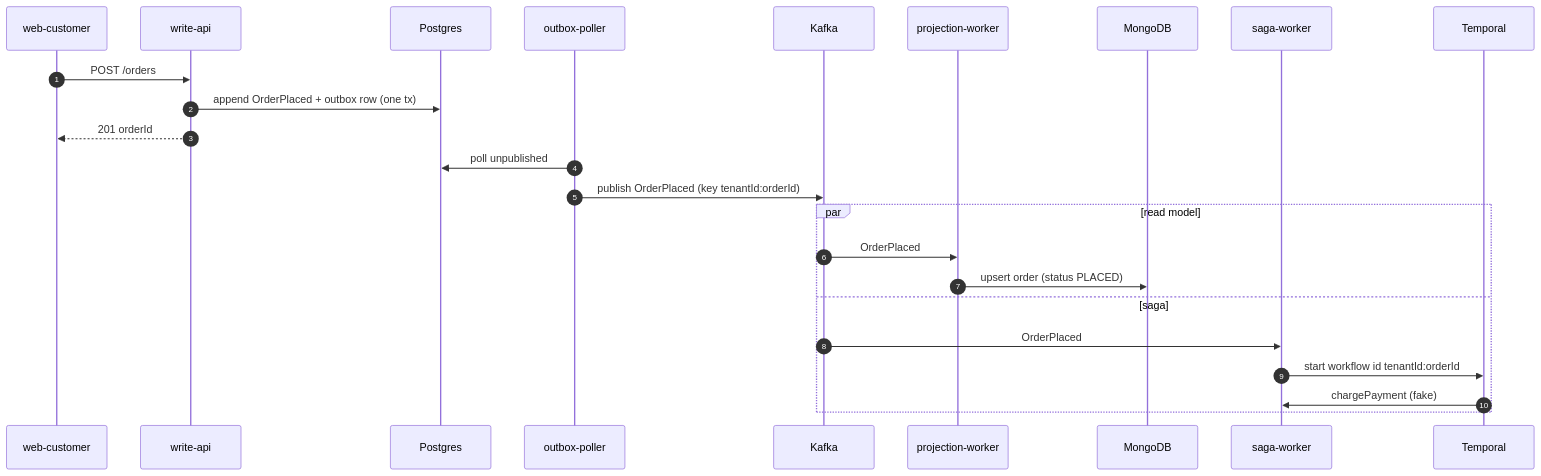
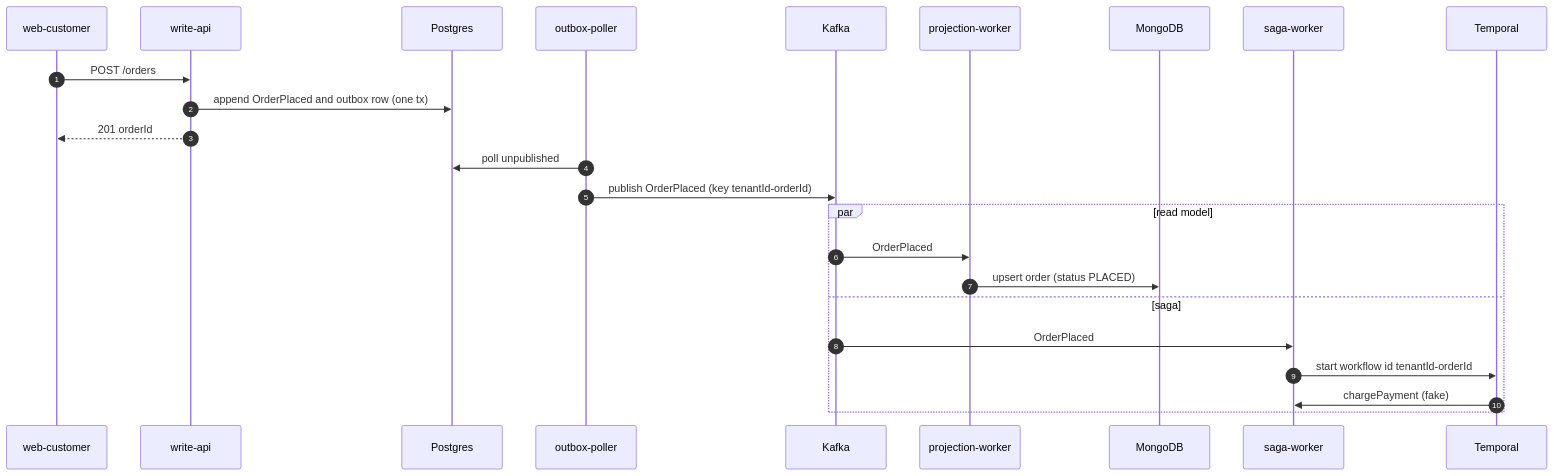
Before and after one commit to khasang12/FlashBite: the second of 8 diagrams in docs/ARCHITECTURE.md, drawn with Mermaid. The commit also changed other lines of this file, not shown here.

First line of the commit message:
docs(arch): make §3 mermaid render on GitHub (drop +, second-colon, in-label arrow)

````diff
--- a/docs/ARCHITECTURE.md
+++ b/docs/ARCHITECTURE.md
@@ -119,27 +119,27 @@
 ```mermaid
 sequenceDiagram
   autonumber
   participant Cust as web-customer
   participant W as write-api
   participant PG as Postgres
   participant OB as outbox-poller
   participant KF as Kafka
   participant PJ as projection-worker
   participant MG as MongoDB
   participant SG as saga-worker
   participant TP as Temporal
 
   Cust->>W: POST /orders
-  W->>PG: append OrderPlaced + outbox row (one tx)
+  W->>PG: append OrderPlaced and outbox row (one tx)
   W-->>Cust: 201 orderId
   OB->>PG: poll unpublished
-  OB->>KF: publish OrderPlaced (key tenantId:orderId)
+  OB->>KF: publish OrderPlaced (key tenantId-orderId)
   par read model
     KF->>PJ: OrderPlaced
     PJ->>MG: upsert order (status PLACED)
   and saga
     KF->>SG: OrderPlaced
-    SG->>TP: start workflow id tenantId:orderId
+    SG->>TP: start workflow id tenantId-orderId
     TP->>SG: chargePayment (fake)
   end
 ```
````
